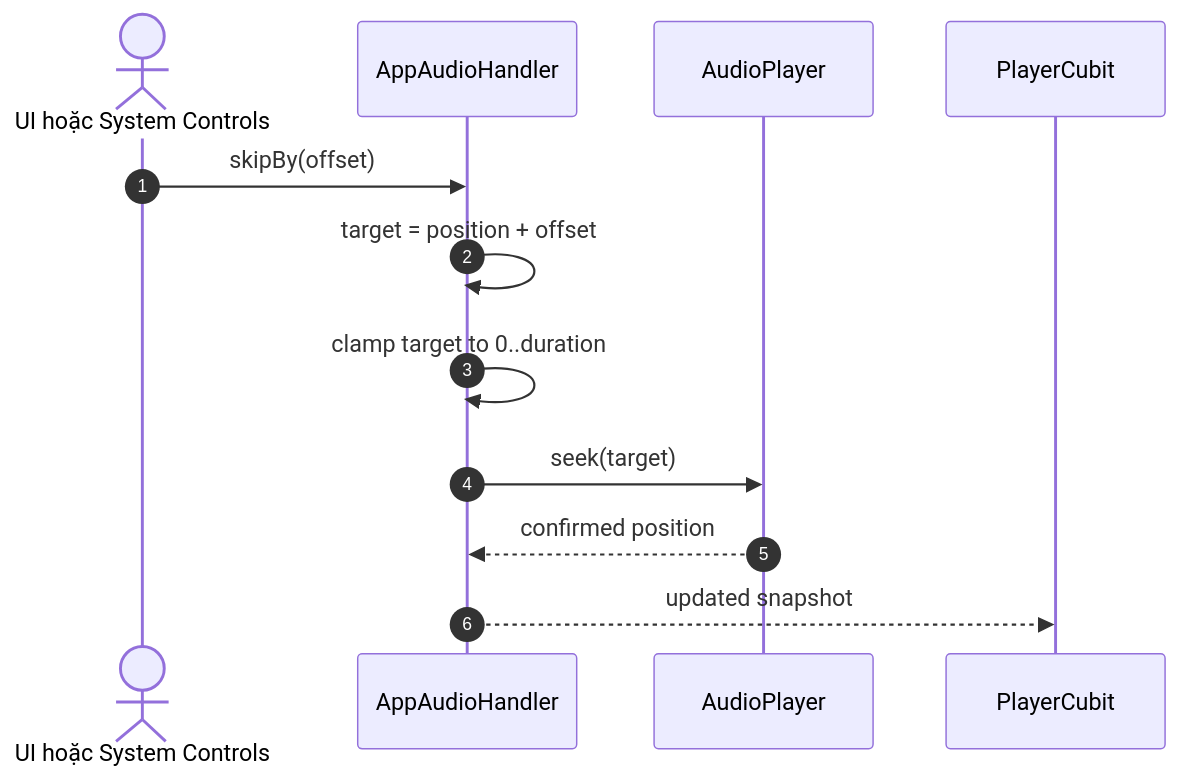
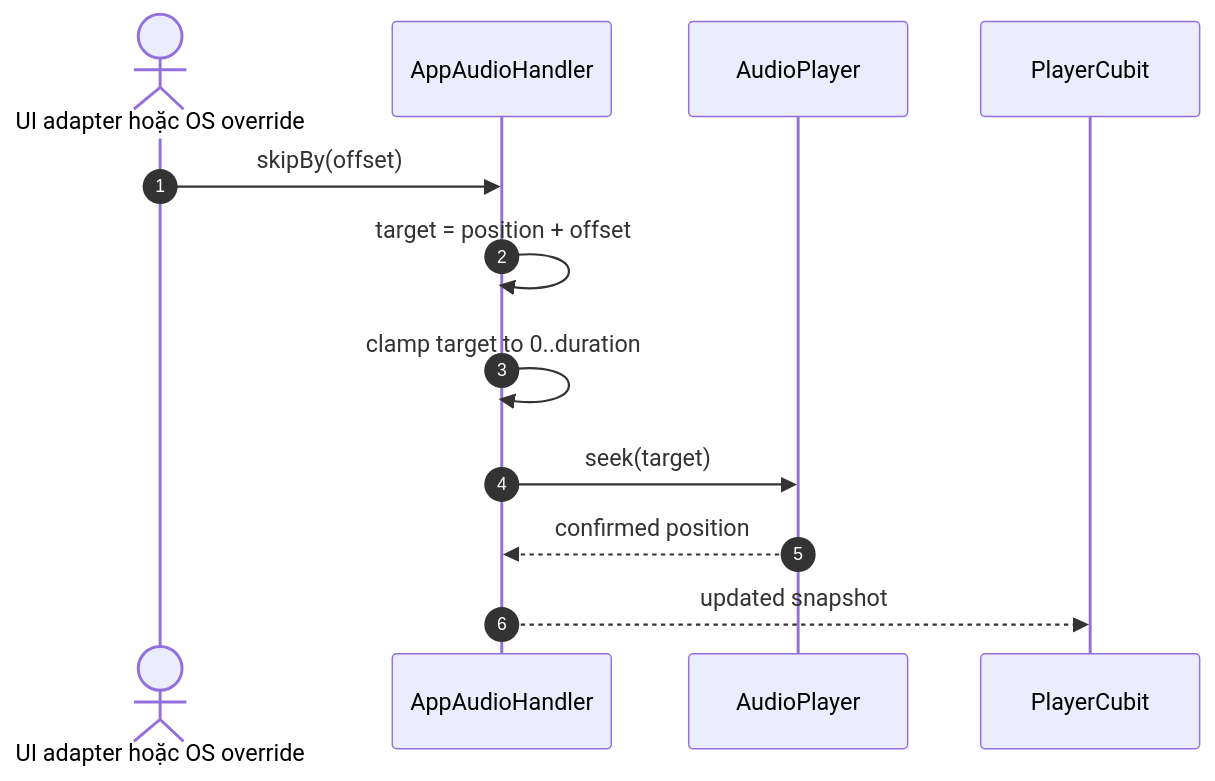
The eighth of 29 diagrams in docs/player-behavioral-diagrams.md (ViUniverse/ViListen), drawn with Mermaid before and after one commit. The commit also changed other lines of this file and 4 other files, not shown here.

````diff
--- a/docs/player-behavioral-diagrams.md
+++ b/docs/player-behavioral-diagrams.md
@@ -429,15 +467,15 @@
 ```mermaid
 sequenceDiagram
 autonumber
-actor Caller as UI hoặc System Controls
+actor Caller as UI adapter hoặc OS override
 participant Handler as AppAudioHandler
 participant Engine as AudioPlayer
 participant Cubit as PlayerCubit
 
 Caller->>Handler: skipBy(offset)
 Handler->>Handler: target = position + offset
 Handler->>Handler: clamp target to 0..duration
 Handler->>Engine: seek(target)
 Engine-->>Handler: confirmed position
 Handler-->>Cubit: updated snapshot
 ```
````
